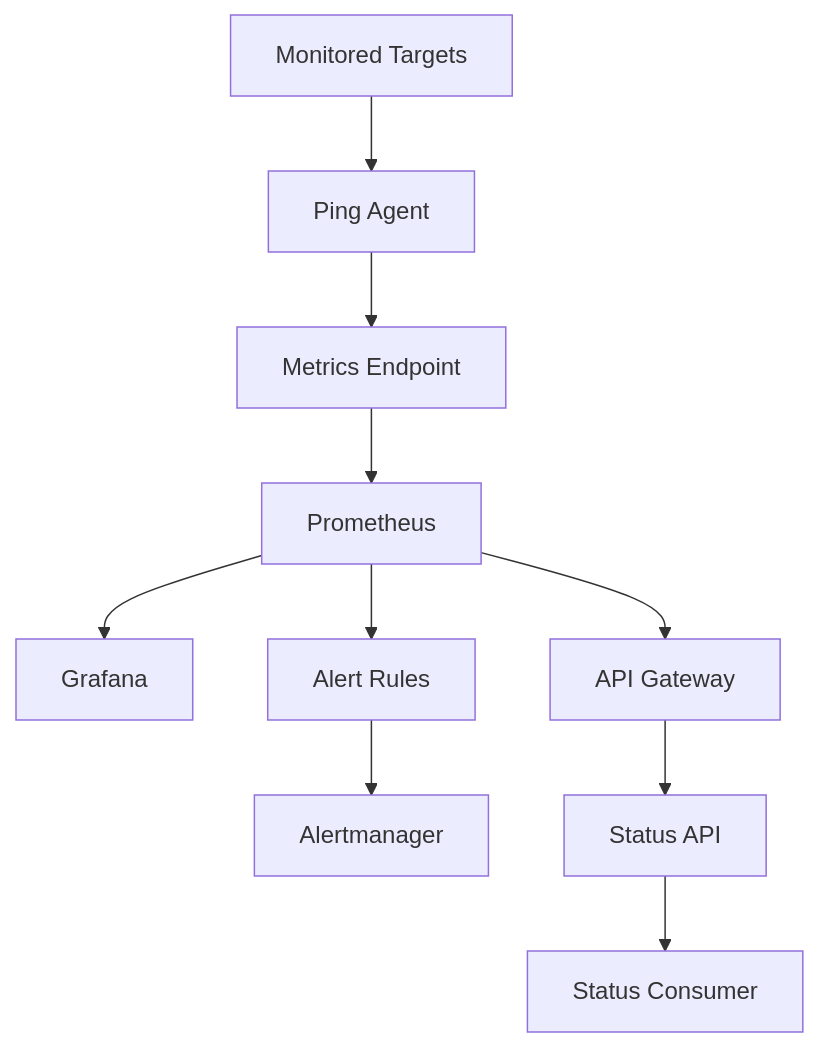
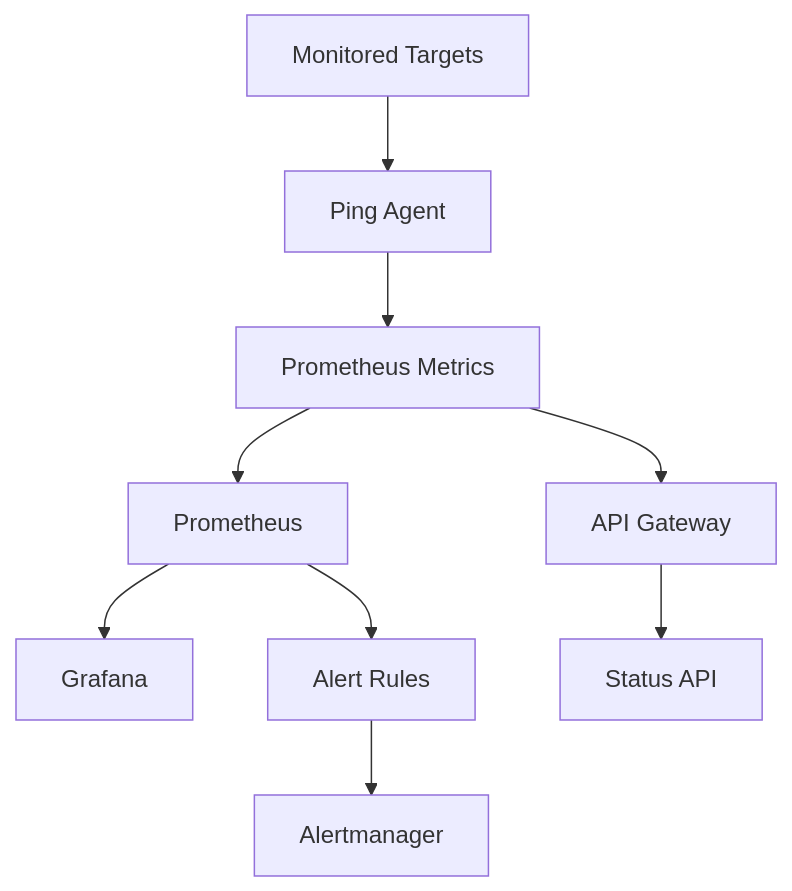
One commit to fattah247/UpTimePulse changed the diagram in README.md. Above: the diagram before and after it, drawn with Mermaid. The commit also changed other lines of this file and 16 other files, not shown here.

````diff
--- a/README.md
+++ b/README.md
@@ -43,12 +36,11 @@
 ```mermaid
 flowchart TD
     A[Monitored Targets] --> B[Ping Agent]
-    B --> C[Metrics Endpoint]
+    B --> C[Prometheus Metrics]
     C --> D[Prometheus]
     D --> E[Grafana]
     D --> F[Alert Rules]
     F --> G[Alertmanager]
-    D --> H[API Gateway]
+    C --> H[API Gateway]
     H --> I[Status API]
-    I --> J[Status Consumer]
 ```
````
